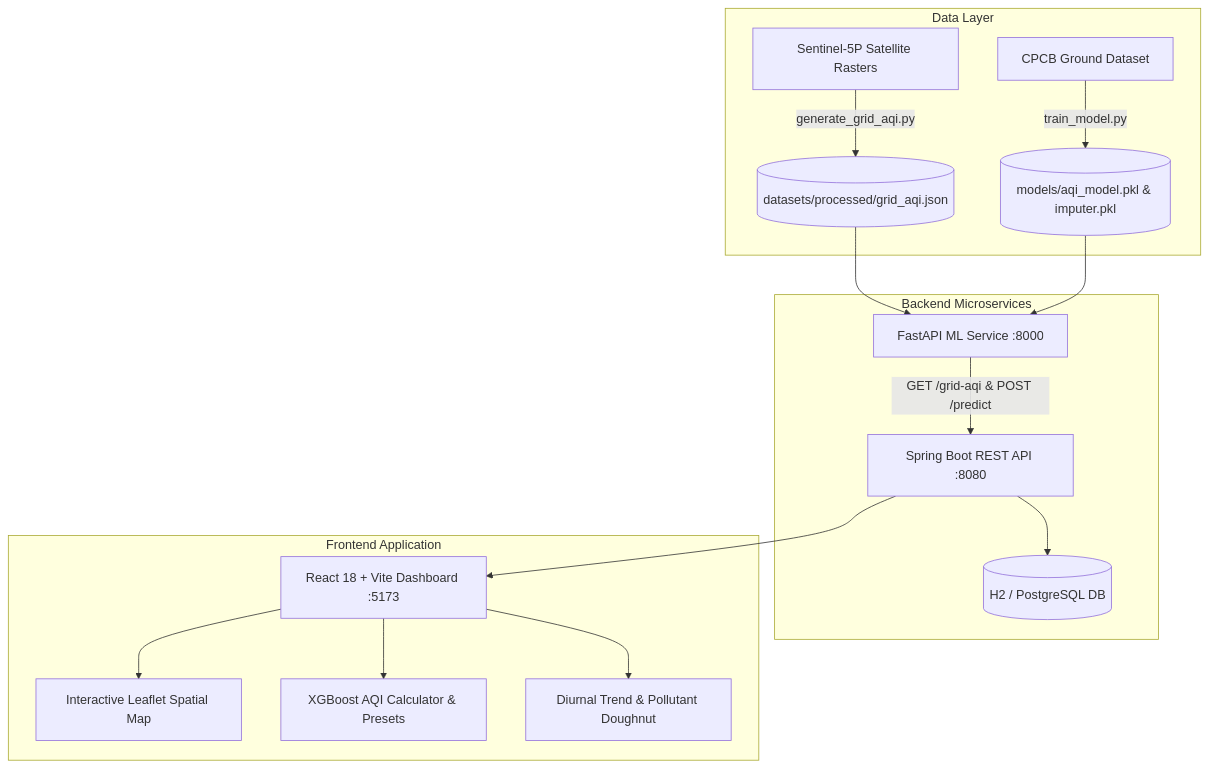
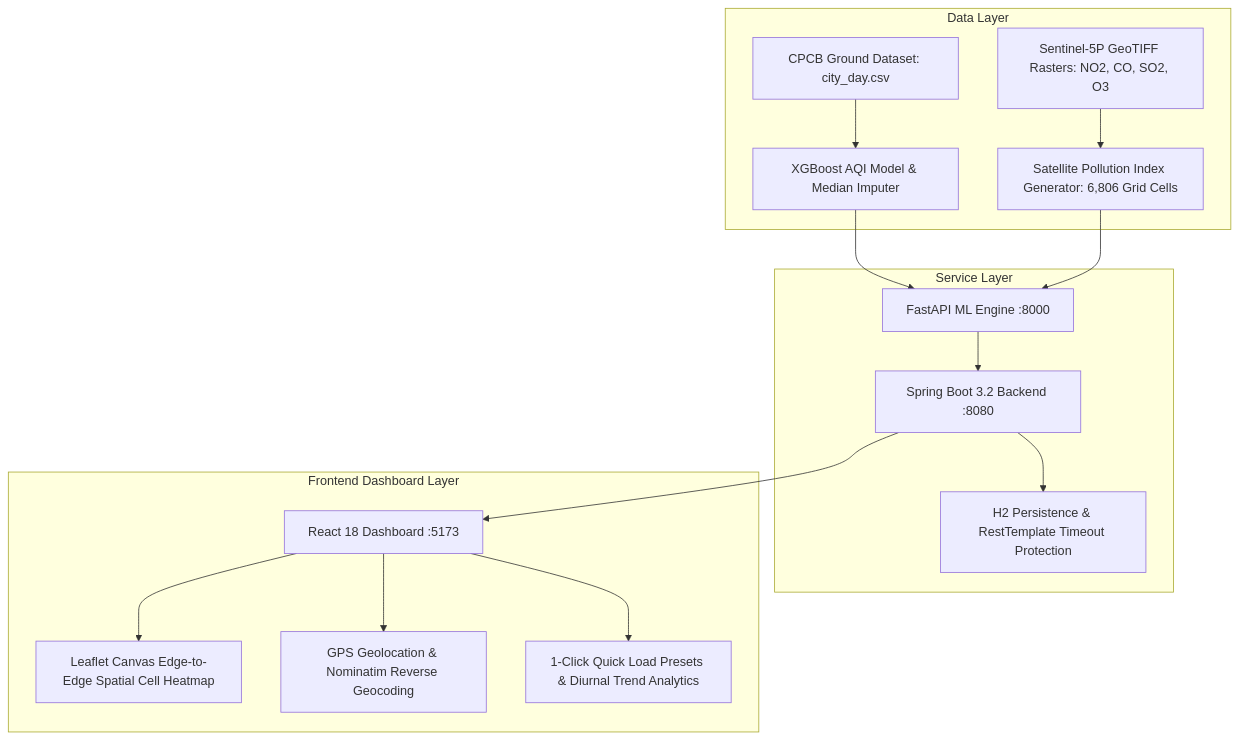
The diagram in README.md (vinaysathwik-ai/AI_AQI_calculator), drawn with Mermaid before and after one commit. The commit also changed other lines of this file and 11 other files, not shown here.

````diff
--- a/README.md
+++ b/README.md
@@ -45,21 +23,21 @@
 ```mermaid
 flowchart TD
     subgraph Data Layer
-        A1[Sentinel-5P Satellite Rasters] -->|generate_grid_aqi.py| B1[(datasets/processed/grid_aqi.json)]
-        A2[CPCB Ground Dataset] -->|train_model.py| B2[(models/aqi_model.pkl & imputer.pkl)]
+        A1[CPCB Ground Dataset: city_day.csv] --> B1[XGBoost AQI Model & Median Imputer]
+        A2[Sentinel-5P GeoTIFF Rasters: NO2, CO, SO2, O3] --> B2[Satellite Pollution Index Generator: 6,806 Grid Cells]
     end
 
-    subgraph Backend Microservices
-        B1 --> C1[FastAPI ML Service :8000]
+    subgraph Service Layer
+        B1 --> C1[FastAPI ML Engine :8000]
         B2 --> C1
-        C1 -->|GET /grid-aqi & POST /predict| D1[Spring Boot REST API :8080]
-        D1 --> E1[(H2 / PostgreSQL DB)]
+        C1 --> C2[Spring Boot 3.2 Backend :8080]
+        C2 --> D1[H2 Persistence & RestTemplate Timeout Protection]
     end
 
-    subgraph Frontend Application
-        D1 --> F1[React 18 + Vite Dashboard :5173]
-        F1 --> G1[Interactive Leaflet Spatial Map]
-        F1 --> G2[XGBoost AQI Calculator & Presets]
-        F1 --> G3[Diurnal Trend & Pollutant Doughnut]
+    subgraph Frontend Dashboard Layer
+        C2 --> E1[React 18 Dashboard :5173]
+        E1 --> F1[Leaflet Canvas Edge-to-Edge Spatial Cell Heatmap]
+        E1 --> F2[GPS Geolocation & Nominatim Reverse Geocoding]
+        E1 --> F3[1-Click Quick Load Presets & Diurnal Trend Analytics]
     end
 ```
````
